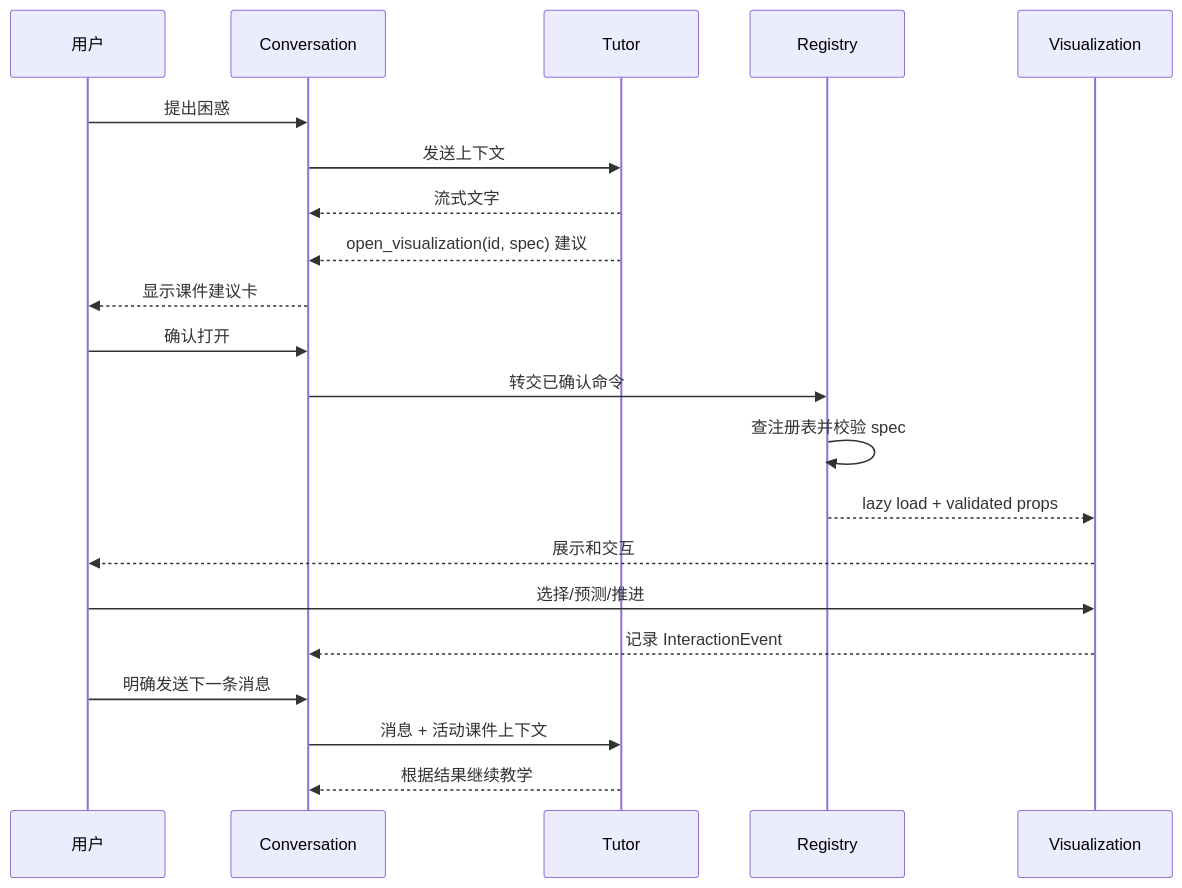
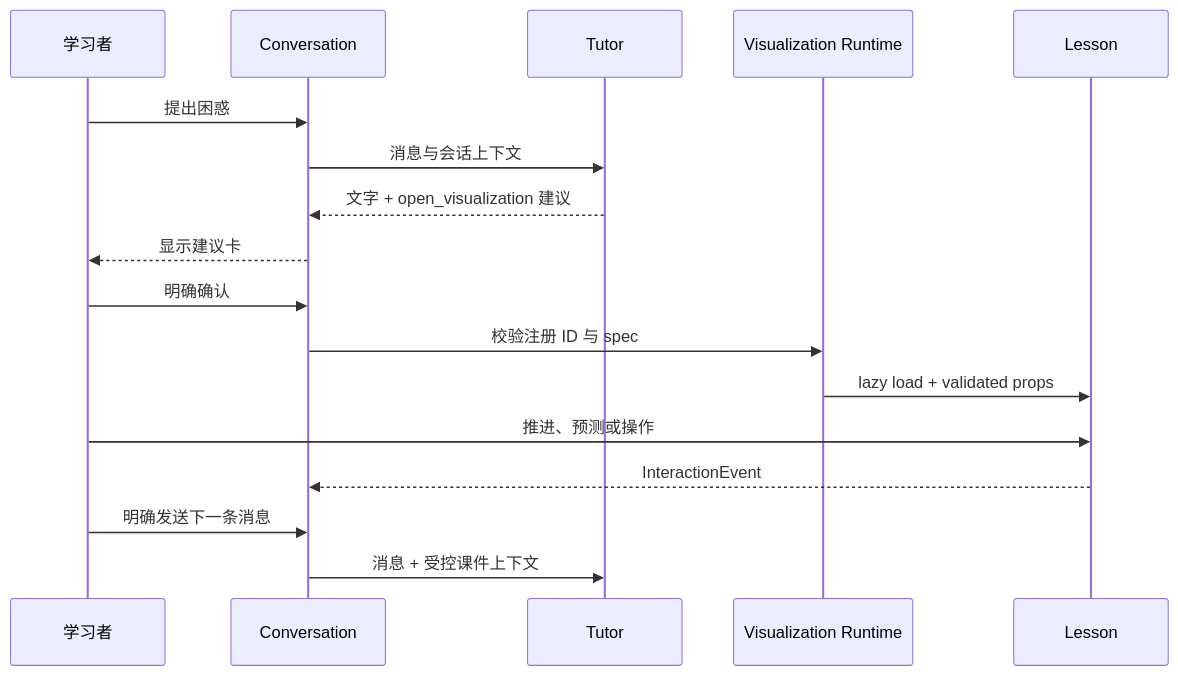
One commit to umico8832/AiStu changed the fourth of 5 diagrams in docs/ARCHITECTURE.md. Above: the diagram before and after it, drawn with Mermaid. The commit also changed other lines of this file and 516 other files, not shown here.

````diff
--- a/docs/ARCHITECTURE.md
+++ b/docs/ARCHITECTURE.md
@@ -325,24 +210,20 @@
 ```mermaid
 sequenceDiagram
-    participant U as 用户
+    participant U as 学习者
     participant C as Conversation
     participant T as Tutor
-    participant G as Registry
-    participant V as Visualization
+    participant V as Visualization Runtime
+    participant L as Lesson
 
     U->>C: 提出困惑
-    C->>T: 发送上下文
-    T-->>C: 流式文字
-    T-->>C: open_visualization(id, spec) 建议
-    C-->>U: 显示课件建议卡
-    U->>C: 确认打开
-    C->>G: 转交已确认命令
-    G->>G: 查注册表并校验 spec
-    G-->>V: lazy load + validated props
-    V-->>U: 展示和交互
-    U->>V: 选择/预测/推进
-    V-->>C: 记录 InteractionEvent
+    C->>T: 消息与会话上下文
+    T-->>C: 文字 + open_visualization 建议
+    C-->>U: 显示建议卡
+    U->>C: 明确确认
+    C->>V: 校验注册 ID 与 spec
+    V->>L: lazy load + validated props
+    U->>L: 推进、预测或操作
+    L-->>C: InteractionEvent
     U->>C: 明确发送下一条消息
-    C->>T: 消息 + 活动课件上下文
-    T-->>C: 根据结果继续教学
+    C->>T: 消息 + 受控课件上下文
 ```
````
